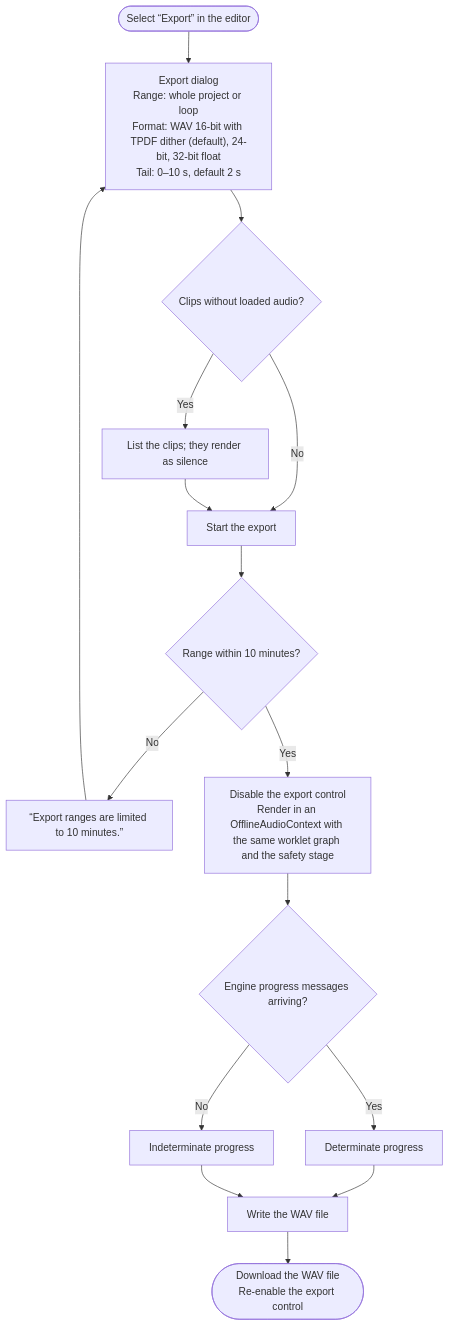
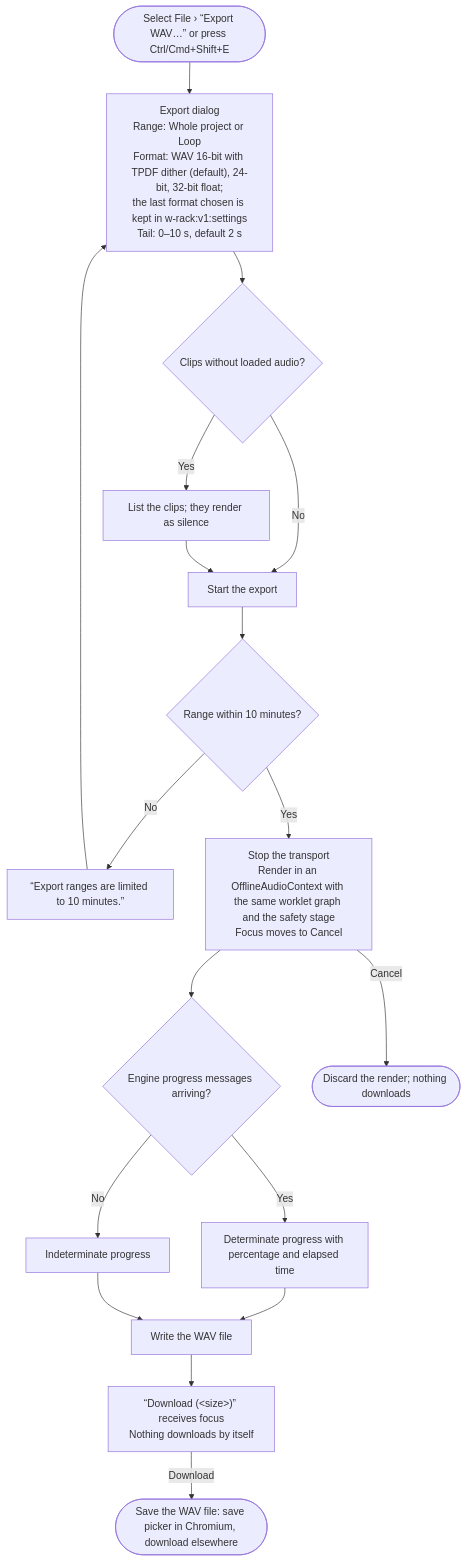
The seventh of 10 diagrams in README.md (victor-almaraz/mpcs-51238-assignment-3), drawn with Mermaid before and after one commit. The commit also changed other lines of this file and 26 other files, not shown here.

````diff
--- a/README.md
+++ b/README.md
@@ -161,18 +161,20 @@
 ```mermaid
 flowchart TD
-  ex_start(["Select “Export” in the editor"]) --> ex_dialog["Export dialog<br/>Range: whole project or loop<br/>Format: WAV 16-bit with TPDF dither (default), 24-bit, 32-bit float<br/>Tail: 0–10 s, default 2 s"]
+  ex_start(["Select File › “Export WAV…” or press Ctrl/Cmd+Shift+E"]) --> ex_dialog["Export dialog<br/>Range: Whole project or Loop<br/>Format: WAV 16-bit with TPDF dither (default), 24-bit, 32-bit float;<br/>the last format chosen is kept in w-rack:v1:settings<br/>Tail: 0–10 s, default 2 s"]
   ex_dialog --> ex_missing{"Clips without loaded audio?"}
   ex_missing -->|"Yes"| ex_list["List the clips; they render as silence"]
   ex_missing -->|"No"| ex_go
   ex_list --> ex_go["Start the export"]
   ex_go --> ex_len{"Range within 10 minutes?"}
   ex_len -->|"No"| ex_lerr["“Export ranges are limited to 10 minutes.”"]
   ex_lerr --> ex_dialog
-  ex_len -->|"Yes"| ex_render["Disable the export control<br/>Render in an OfflineAudioContext with the same worklet graph and the safety stage"]
+  ex_len -->|"Yes"| ex_render["Stop the transport<br/>Render in an OfflineAudioContext with the same worklet graph and the safety stage<br/>Focus moves to Cancel"]
   ex_render --> ex_msgs{"Engine progress messages arriving?"}
-  ex_msgs -->|"Yes"| ex_det["Determinate progress"]
+  ex_msgs -->|"Yes"| ex_det["Determinate progress with percentage and elapsed time"]
   ex_msgs -->|"No"| ex_indet["Indeterminate progress"]
   ex_det --> ex_wav
   ex_indet --> ex_wav
-  ex_wav["Write the WAV file"] --> ex_done(["Download the WAV file<br/>Re-enable the export control"])
+  ex_render -->|"Cancel"| ex_cancel(["Discard the render; nothing downloads"])
+  ex_wav["Write the WAV file"] --> ex_ready["“Download (#lt;size#gt;)” receives focus<br/>Nothing downloads by itself"]
+  ex_ready -->|"Download"| ex_done(["Save the WAV file: save picker in Chromium, download elsewhere"])
 ```
````
